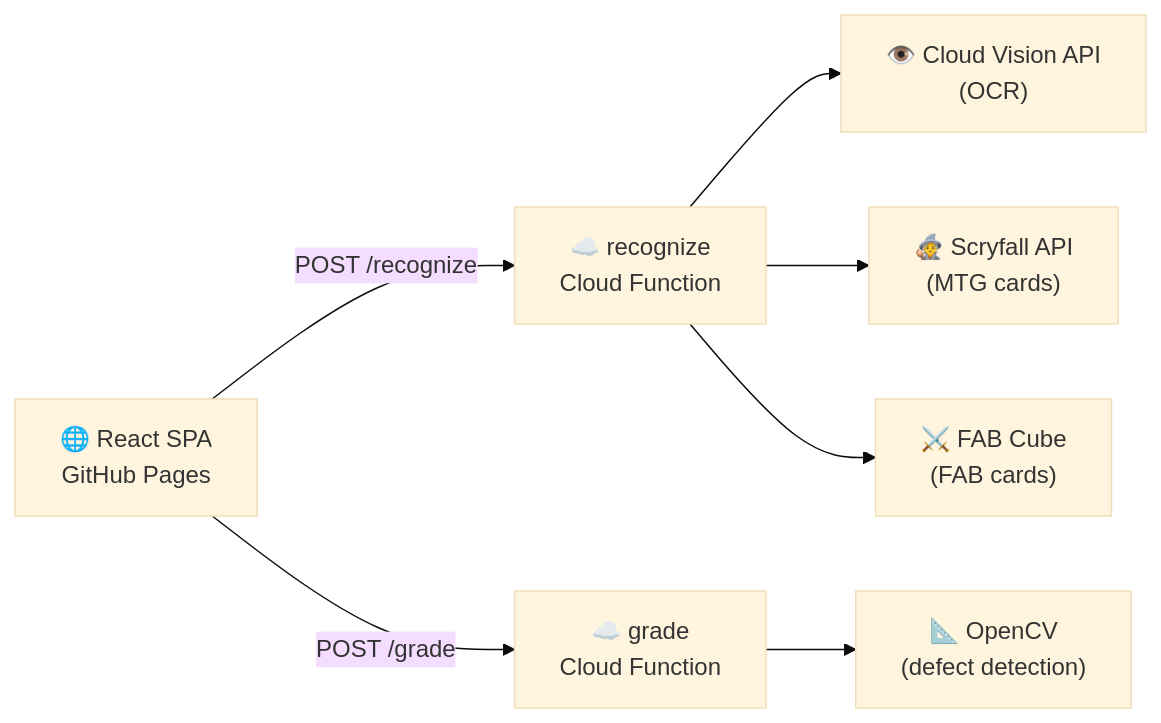
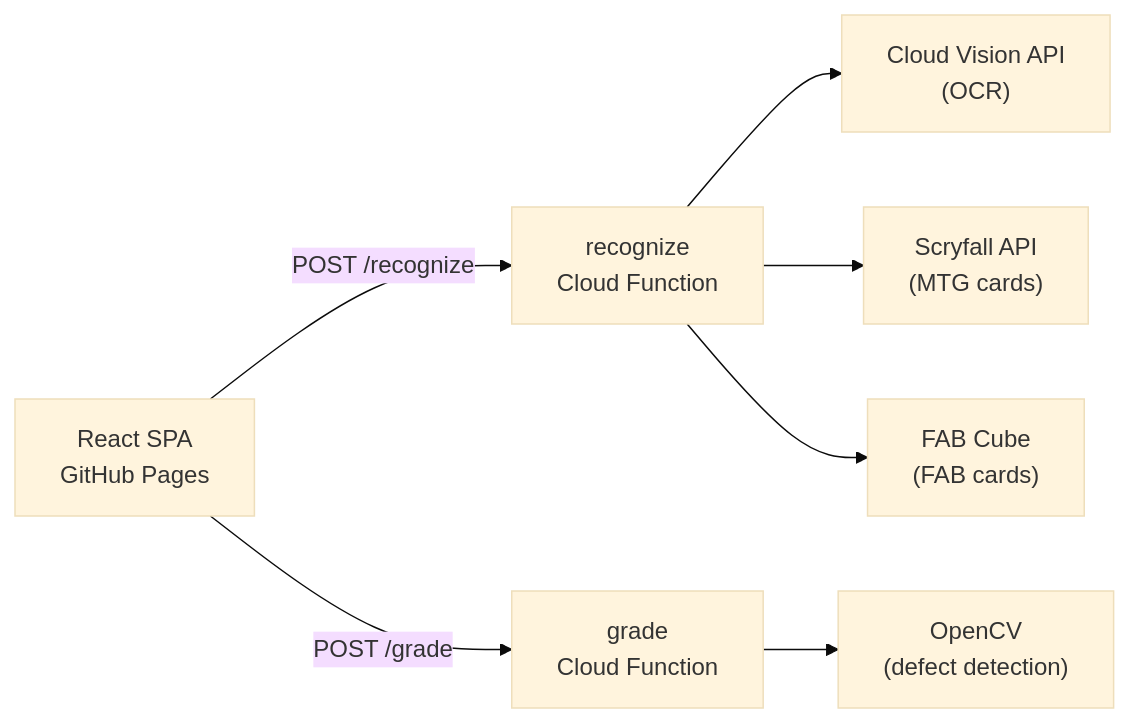
The diagram in README.md (Schiggy-3000/card_grading), drawn with Mermaid (base theme) before and after one commit. The commit also changed other lines of this file and 3 other files, not shown here.

````diff
--- a/README.md
+++ b/README.md
@@ -35,17 +35,17 @@
 ```mermaid
 flowchart LR
-    Browser["🌐 React SPA\nGitHub Pages"]
-    Recognize["☁️ recognize\nCloud Function"]
-    Grade["☁️ grade\nCloud Function"]
-    Vision["👁️ Cloud Vision API\n(OCR)"]
-    Scryfall["🧙 Scryfall API\n(MTG cards)"]
-    FAB["⚔️ FAB Cube\n(FAB cards)"]
-    OpenCV["📐 OpenCV\n(defect detection)"]
+    Browser["React SPA\nGitHub Pages"]
+    Recognize["recognize\nCloud Function"]
+    Grade["grade\nCloud Function"]
+    Vision["Cloud Vision API\n(OCR)"]
+    Scryfall["Scryfall API\n(MTG cards)"]
+    FAB["FAB Cube\n(FAB cards)"]
+    OpenCV["OpenCV\n(defect detection)"]
 
     Browser -- "POST /recognize" --> Recognize
     Browser -- "POST /grade" --> Grade
     Recognize --> Vision
     Recognize --> Scryfall
     Recognize --> FAB
     Grade --> OpenCV
 ```
````
